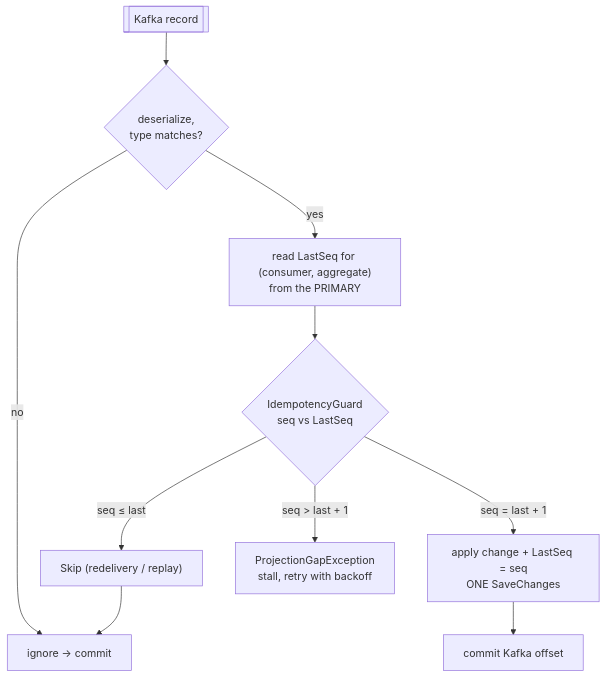
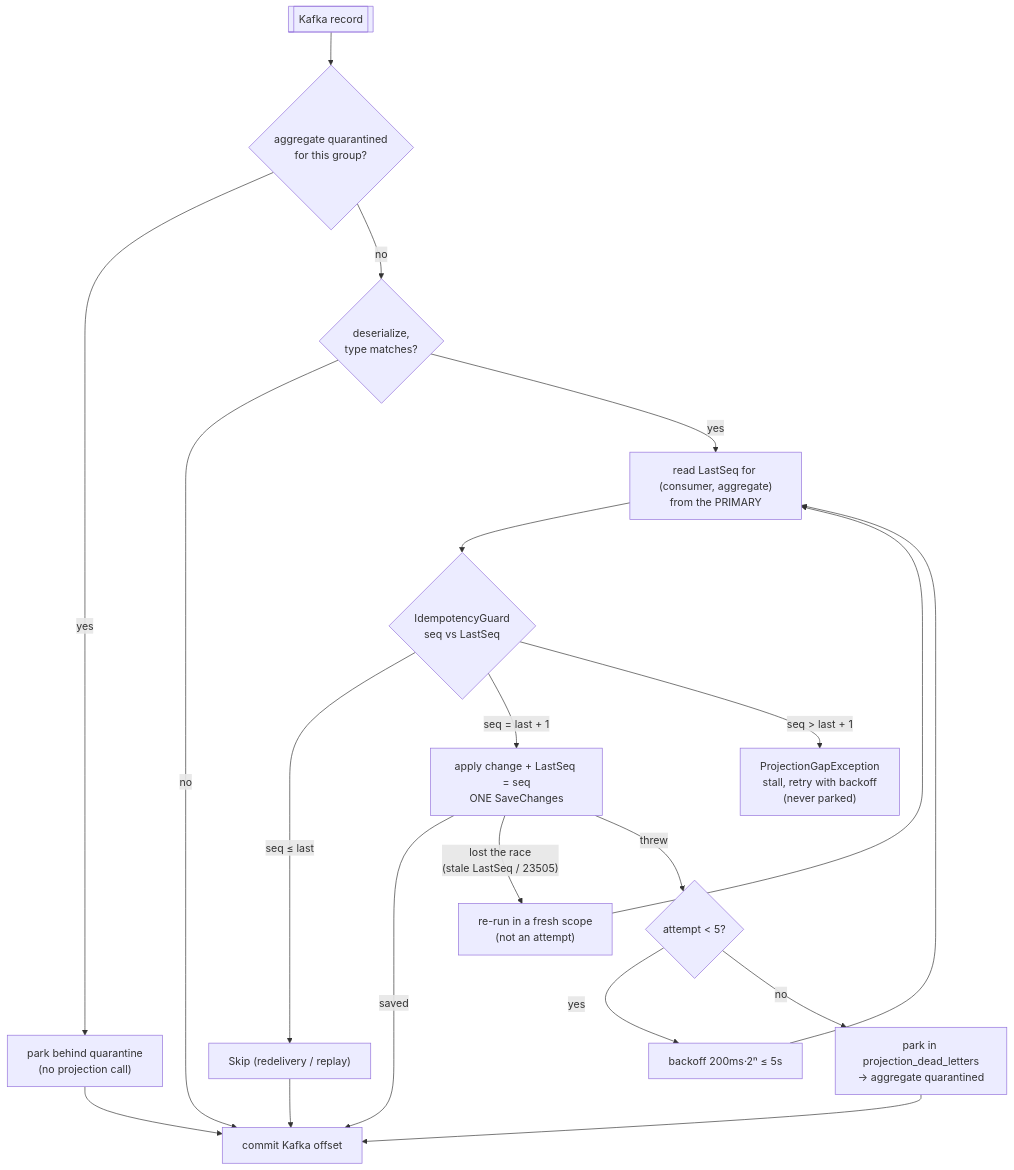
One commit to Aliendreamer/chess changed the fourth of 6 diagrams in openspec/architecture.md. Above: the diagram before and after it, drawn with Mermaid. The commit also changed other lines of this file and 4 other files, not shown here.

Commit message:
docs(repo): projection hardening in architecture and part 0 notes

````diff
--- a/openspec/architecture.md
+++ b/openspec/architecture.md
@@ -136,10 +136,17 @@
 ```mermaid
 flowchart TD
-    K[["Kafka record"]] --> D{"deserialize,<br/>type matches?"}
-    D -- no --> C1["ignore → commit"]
+    K[["Kafka record"]] --> Q{"aggregate quarantined<br/>for this group?"}
+    Q -- yes --> PB["park behind quarantine<br/>(no projection call)"] --> C1["commit Kafka offset"]
+    Q -- no --> D{"deserialize,<br/>type matches?"}
+    D -- no --> C1
     D -- yes --> R["read LastSeq for (consumer, aggregate)<br/>from the PRIMARY"]
     R --> G{"IdempotencyGuard<br/>seq vs LastSeq"}
     G -- "seq ≤ last" --> S["Skip (redelivery / replay)"] --> C1
-    G -- "seq = last + 1" --> AP["apply change + LastSeq = seq<br/>ONE SaveChanges"] --> C2["commit Kafka offset"]
-    G -- "seq > last + 1" --> GAP["ProjectionGapException<br/>stall, retry with backoff"]
+    G -- "seq = last + 1" --> AP["apply change + LastSeq = seq<br/>ONE SaveChanges"]
+    AP -- saved --> C1
+    AP -- "lost the race<br/>(stale LastSeq / 23505)" --> RR["re-run in a fresh scope<br/>(not an attempt)"] --> R
+    AP -- "threw" --> AT{"attempt < 5?"}
+    AT -- yes --> BO["backoff 200ms·2ⁿ ≤ 5s"] --> R
+    AT -- no --> PK["park in projection_dead_letters<br/>→ aggregate quarantined"] --> C1
+    G -- "seq > last + 1" --> GAP["ProjectionGapException<br/>stall, retry with backoff<br/>(never parked)"]
 ```
````
